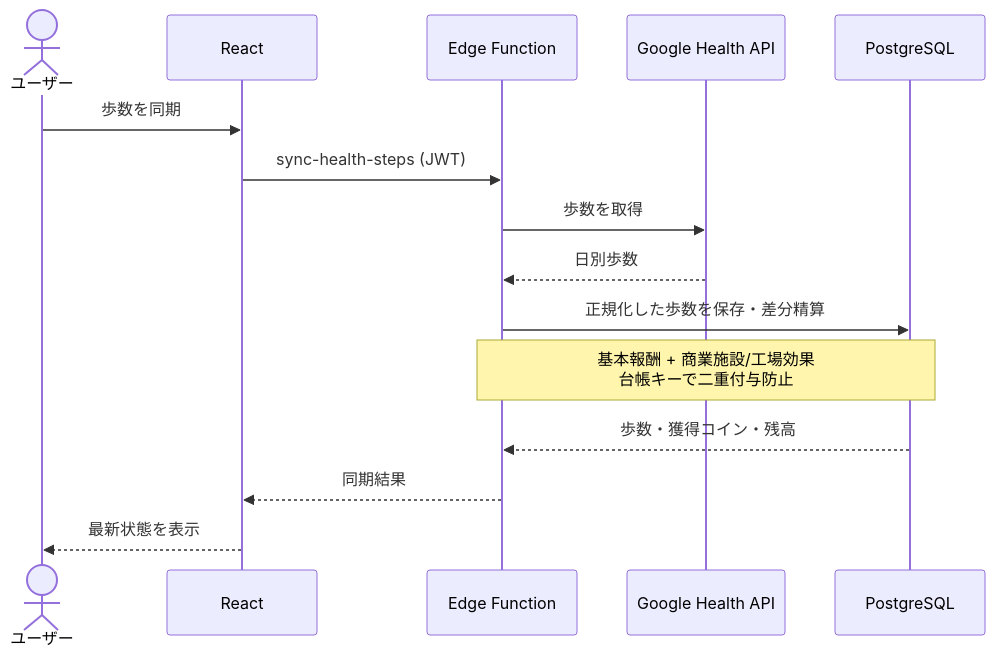
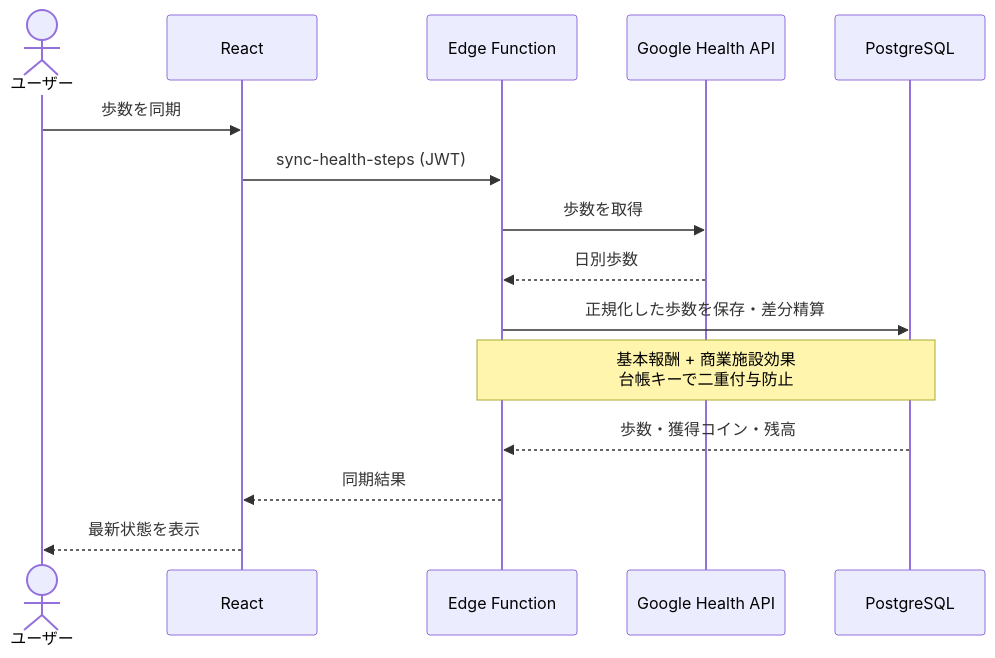
The third of 6 diagrams in docs/architecture.md (Megane14916/walk-city), drawn with Mermaid before and after one commit. The commit also changed other lines of this file and 10 other files, not shown here.

````diff
--- a/docs/architecture.md
+++ b/docs/architecture.md
@@ -68,18 +68,18 @@
 ```mermaid
 sequenceDiagram
     actor User as ユーザー
     participant FE as React
     participant Edge as Edge Function
     participant Health as Google Health API
     participant DB as PostgreSQL
 
     User->>FE: 歩数を同期
     FE->>Edge: sync-health-steps (JWT)
     Edge->>Health: 歩数を取得
     Health-->>Edge: 日別歩数
     Edge->>DB: 正規化した歩数を保存・差分精算
-    Note over Edge,DB: 基本報酬 + 商業施設/工場効果<br/>台帳キーで二重付与防止
+    Note over Edge,DB: 基本報酬 + 商業施設効果<br/>台帳キーで二重付与防止
     DB-->>Edge: 歩数・獲得コイン・残高
     Edge-->>FE: 同期結果
     FE-->>User: 最新状態を表示
 ```
````
